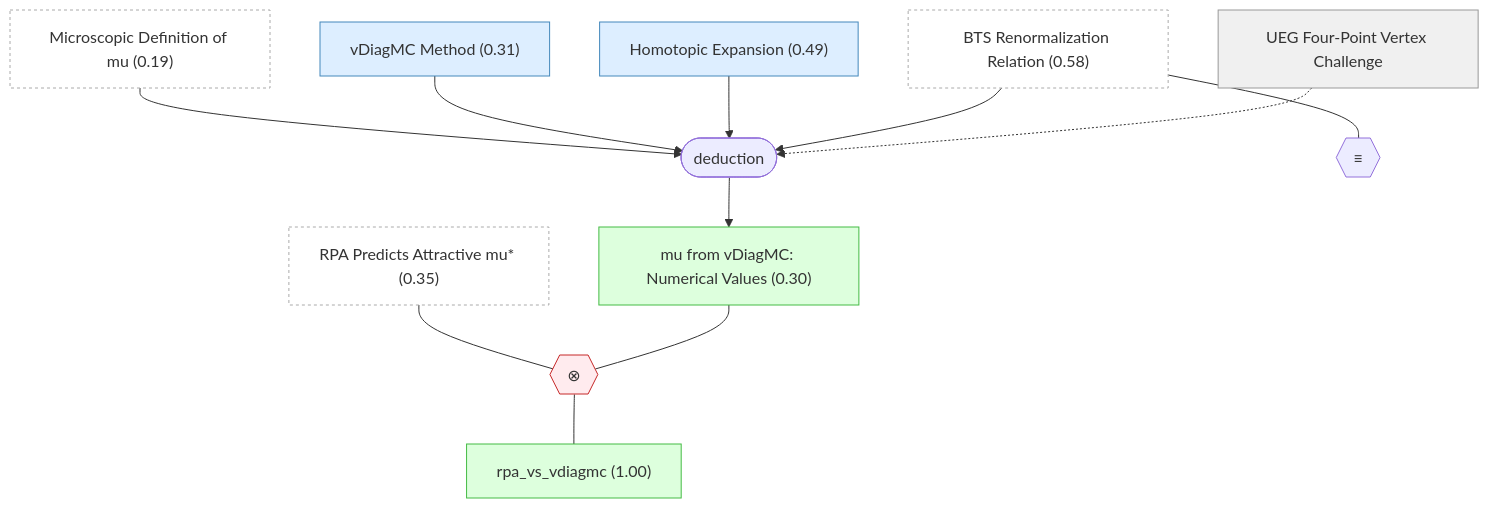
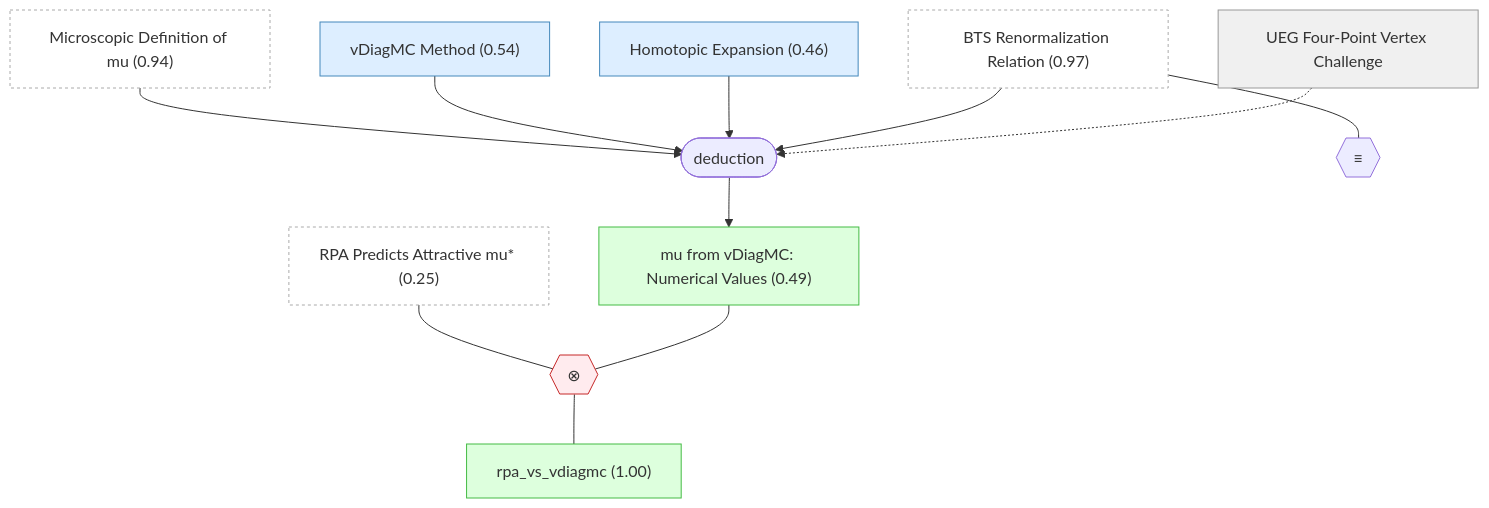
One commit to kunyuan/SuperconductivityElectronLiquids.gaia changed the fourth of 6 diagrams in docs/detailed-reasoning.md. Above: the diagram before and after it, drawn with Mermaid. The commit also changed other lines of this file and 21 other files, not shown here.

````diff
--- a/docs/detailed-reasoning.md
+++ b/docs/detailed-reasoning.md
@@ -521,34 +521,34 @@
 ```mermaid
 graph TD
-    bts_renormalization["BTS Renormalization Relation (0.58)"]:::external
-    rpa_predicts_attractive_mu["RPA Predicts Attractive mu#ast; (0.35)"]:::external
-    mu_microscopic_definition["Microscopic Definition of mu (0.19)"]:::external
+    bts_renormalization["BTS Renormalization Relation (0.97)"]:::external
+    rpa_predicts_attractive_mu["RPA Predicts Attractive mu#ast; (0.25)"]:::external
+    mu_microscopic_definition["Microscopic Definition of mu (0.94)"]:::external
     ueg_vertex_challenge["UEG Four-Point Vertex Challenge"]:::note
-    vdiagmc_method["vDiagMC Method (0.31)"]:::premise
-    homotopic_expansion["Homotopic Expansion (0.49)"]:::premise
-    mu_vdiagmc_values["mu from vDiagMC: Numerical Values (0.30)"]:::derived
+    vdiagmc_method["vDiagMC Method (0.54)"]:::premise
+    homotopic_expansion["Homotopic Expansion (0.46)"]:::premise
+    mu_vdiagmc_values["mu from vDiagMC: Numerical Values (0.49)"]:::derived
     rpa_vs_vdiagmc["rpa_vs_vdiagmc (1.00)"]:::derived
     strat_14(["deduction"])
     mu_microscopic_definition --> strat_14
     vdiagmc_method --> strat_14
     homotopic_expansion --> strat_14
     bts_renormalization --> strat_14
     ueg_vertex_challenge -.-> strat_14
     strat_14 --> mu_vdiagmc_values
     oper_2{{"≡"}}
     bts_renormalization --- oper_2
     oper_3{{"⊗"}}:::contra
     rpa_predicts_attractive_mu --- oper_3
     mu_vdiagmc_values --- oper_3
     oper_3 --- rpa_vs_vdiagmc
 
     classDef note fill:#f0f0f0,stroke:#999,color:#333
     classDef premise fill:#ddeeff,stroke:#4488bb,color:#333
     classDef derived fill:#ddffdd,stroke:#44bb44,color:#333
     classDef question fill:#fff3dd,stroke:#cc9944,color:#333
     classDef background fill:#f5f5f5,stroke:#bbb,stroke-dasharray: 5 5,color:#333
     classDef orphan fill:#fff,stroke:#ccc,stroke-dasharray: 5 5,color:#333
     classDef external fill:#fff,stroke:#aaa,stroke-dasharray: 3 3,color:#333
     classDef weak fill:#fff9c4,stroke:#f9a825,stroke-dasharray: 5 5,color:#333
     classDef contra fill:#ffebee,stroke:#c62828,color:#333
 ```
````
